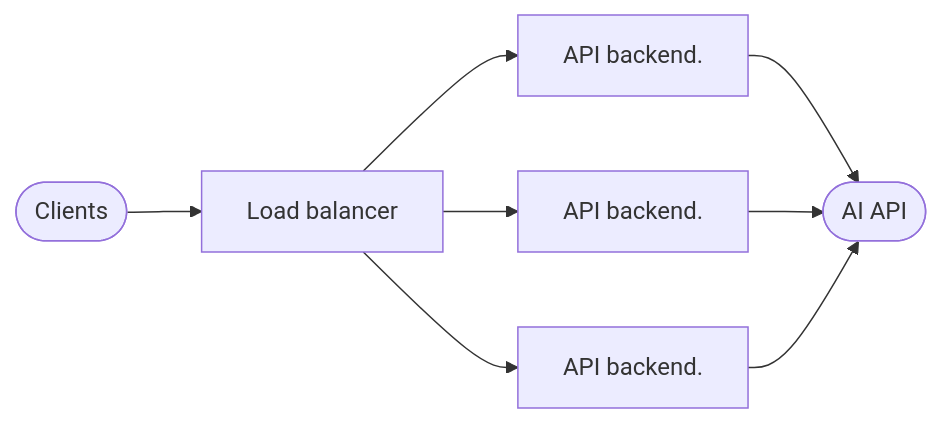
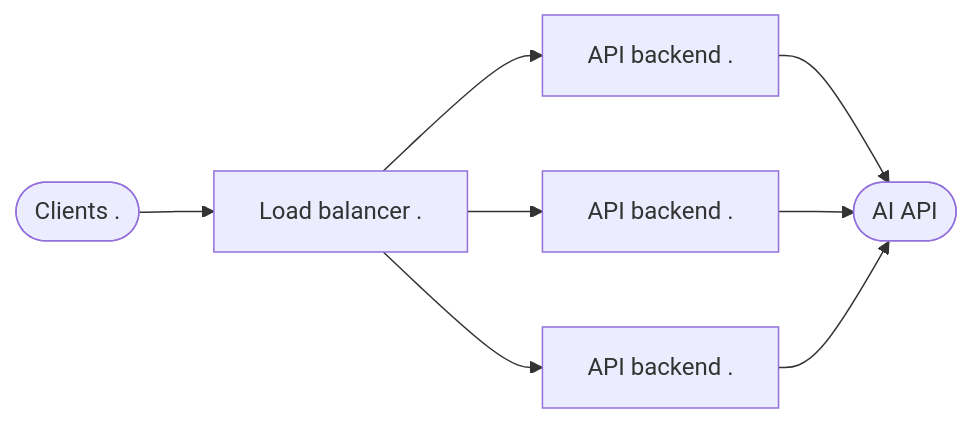
One commit to g4s8/gdf-am-2025 changed the second of 5 diagrams in site/content/_index.md. Above: the diagram before and after it, drawn with Mermaid. The commit also changed other lines of this file, not shown here.

```diff
--- a/site/content/_index.md
+++ b/site/content/_index.md
@@ -94,13 +94,13 @@
 {{< mermaid >}}
 graph LR
-    A(["Clients "])
-    B["Load balancer "]
+    A(["Clients  ."])
+    B["Load balancer  ."]
     C(["AI API"])
     A --> B
-    B --> X["API backend. "]
-    B --> Y["API backend. "]
-    B --> Z["API backend. "]
+    B --> X["API backend  ."]
+    B --> Y["API backend  ."]
+    B --> Z["API backend  ."]
     X --> C
     Y --> C
     Z --> C
 {{< /mermaid >}}
```
